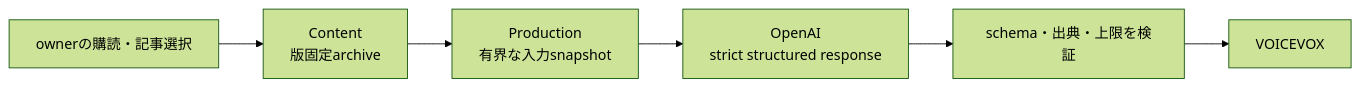
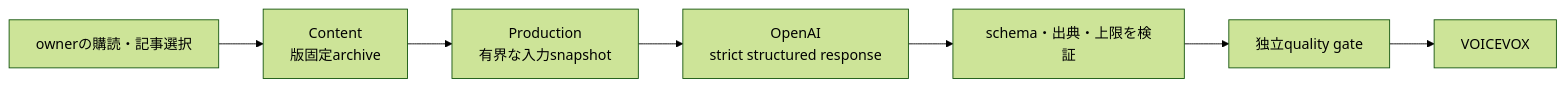
The diagram in docs/adr/0038-bounded-structured-production-generation.md (r4ai/news-podcast), drawn with Mermaid (forest theme) before and after one commit. The commit also changed other lines of this file and 37 other files, not shown here.

````diff
--- a/docs/adr/0038-bounded-structured-production-generation.md
+++ b/docs/adr/0038-bounded-structured-production-generation.md
@@ -22,8 +22,9 @@
 ```mermaid
 flowchart LR
   Owner["ownerの購読・記事選択"] --> Archive["Content<br/>版固定archive"]
   Archive --> Input["Production<br/>有界な入力snapshot"]
   Input --> LLM["OpenAI<br/>strict structured response"]
   LLM --> Verify["schema・出典・上限を検証"]
-  Verify --> TTS["VOICEVOX"]
+  Verify --> Quality["独立quality gate"]
+  Quality --> TTS["VOICEVOX"]
 ```
````
